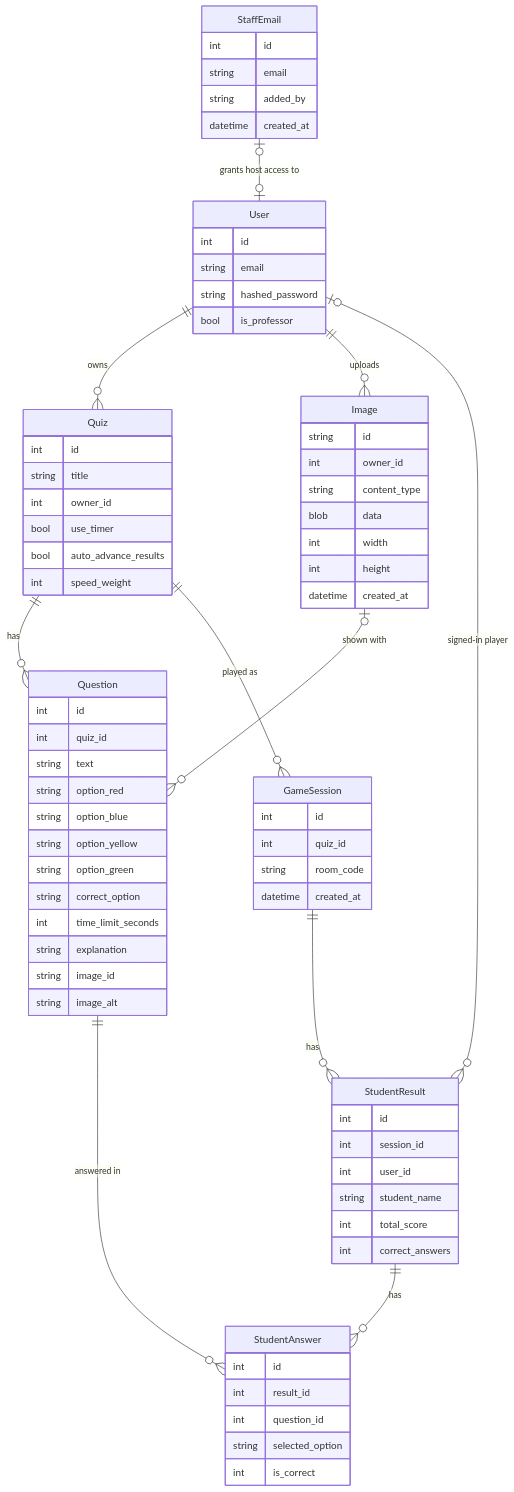
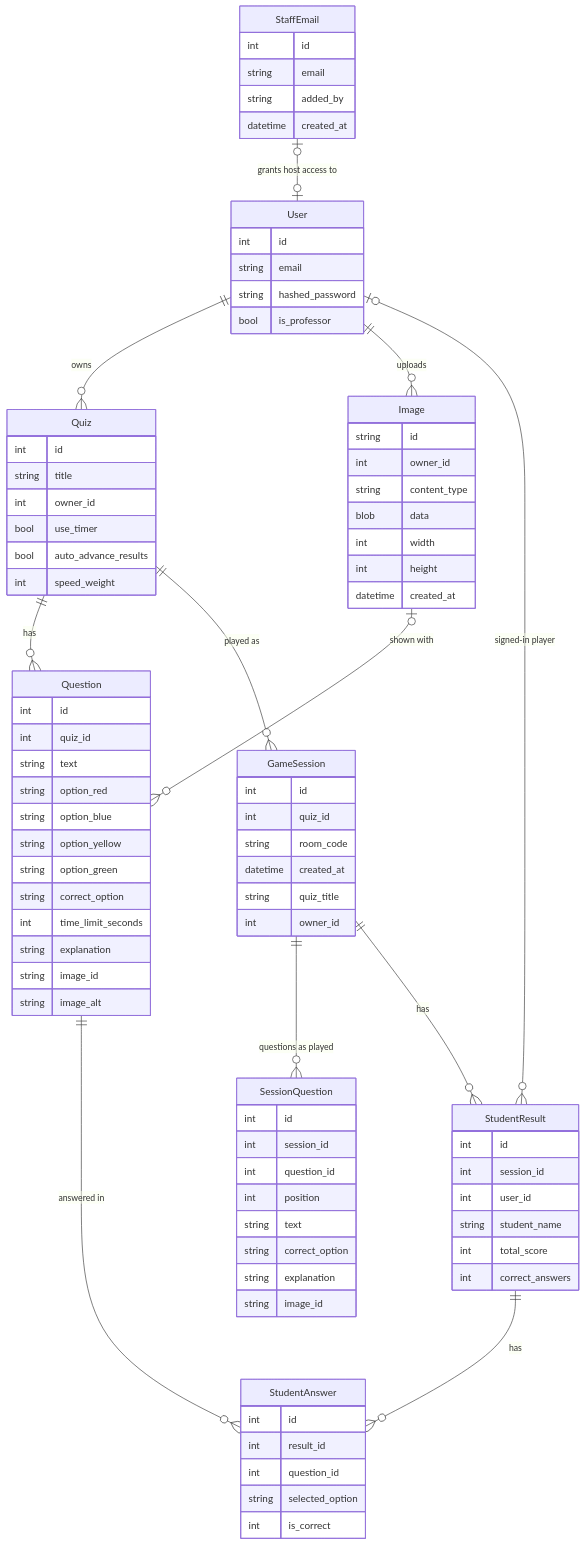
The third of 3 diagrams in docs/HOW-IT-WORKS.md (amberkar-harsh-02/Quiz-app), drawn with Mermaid before and after one commit. The commit also changed other lines of this file and 12 other files, not shown here.

Commit message:
feat: edit and delete played quizzes safely, add Duplicate; past games keep their own copy of the questions

```diff
--- a/docs/HOW-IT-WORKS.md
+++ b/docs/HOW-IT-WORKS.md
@@ -283,6 +286,7 @@
     StaffEmail |o--o| User : "grants host access to"
     Quiz ||--o{ Question : has
     Quiz ||--o{ GameSession : "played as"
+    GameSession ||--o{ SessionQuestion : "questions as played"
     GameSession ||--o{ StudentResult : has
     User |o--o{ StudentResult : "signed-in player"
     StudentResult ||--o{ StudentAnswer : has
@@ -336,6 +340,18 @@
         int quiz_id
         string room_code
         datetime created_at
+        string quiz_title
+        int owner_id
+    }
+    SessionQuestion {
+        int id
+        int session_id
+        int question_id
+        int position
+        string text
+        string correct_option
+        string explanation
+        string image_id
     }
     StudentResult {
         int id
```
